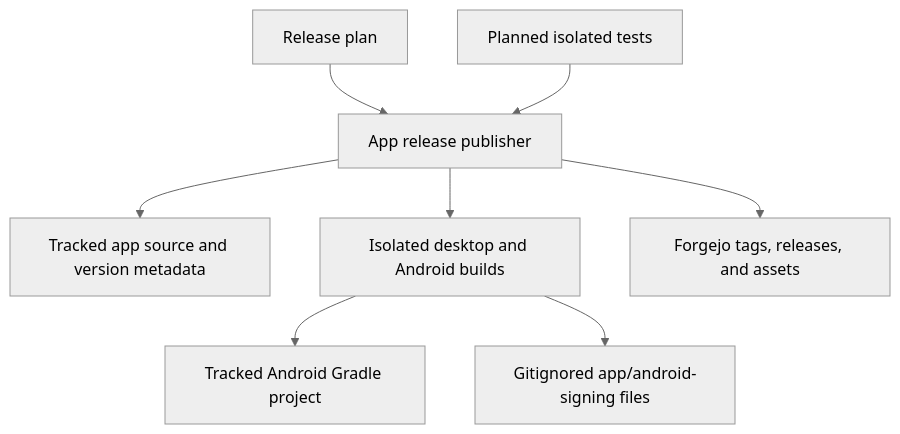
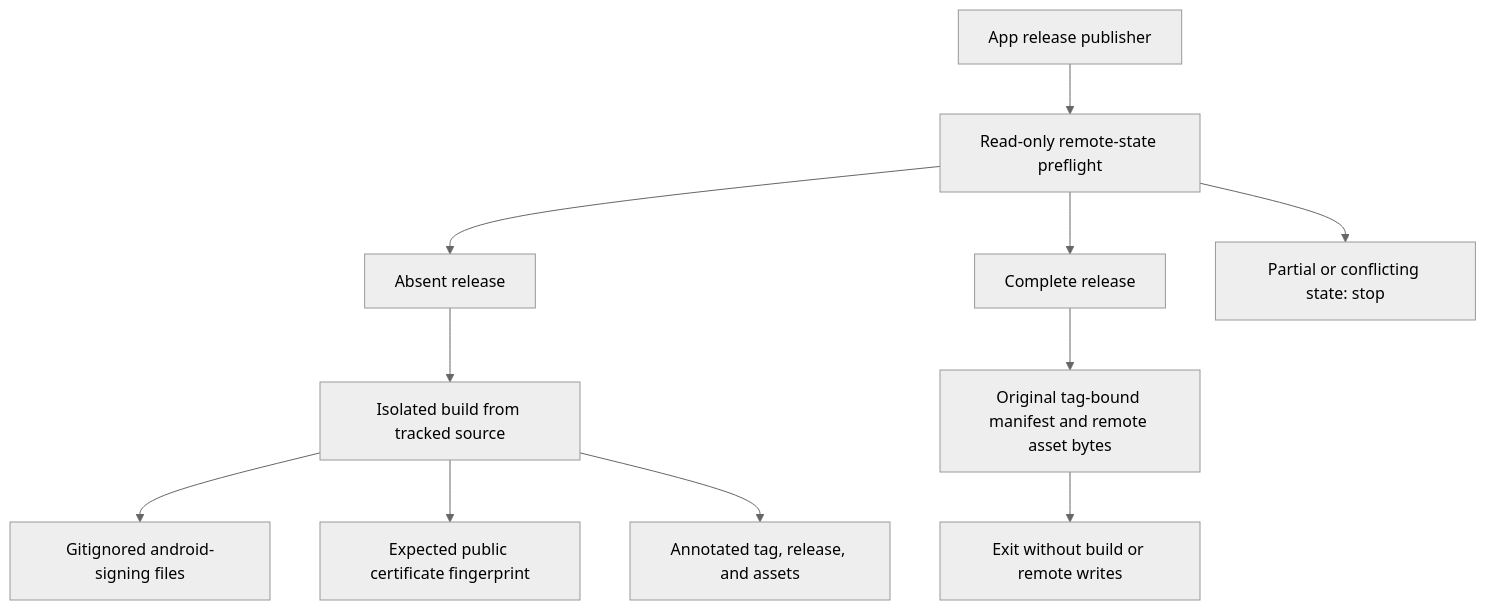
The diagram in tasks/32-align-app-release-process/3-plan-review.md (unskilled0218/ntr), drawn with Mermaid (neutral theme) before and after one commit. The commit also changed other lines of this file and 1 other file, not shown here.

Commit message:
Confirm release plan review findings addressed

````diff
--- a/tasks/32-align-app-release-process/3-plan-review.md
+++ b/tasks/32-align-app-release-process/3-plan-review.md
@@ -30,10 +27,13 @@
 ```mermaid
 graph TD
-  Plan[Release plan] --> Publisher[App release publisher]
-  Publisher --> Source[Tracked app source and version metadata]
-  Publisher --> Build[Isolated desktop and Android builds]
-  Build --> Android[Tracked Android Gradle project]
-  Build --> Signing[Gitignored app/android-signing files]
-  Publisher --> Forgejo[Forgejo tags, releases, and assets]
-  Tests[Planned isolated tests] --> Publisher
+  Publisher[App release publisher] --> Preflight[Read-only remote-state preflight]
+  Preflight --> Absent[Absent release]
+  Preflight --> Complete[Complete release]
+  Preflight --> Conflict[Partial or conflicting state: stop]
+  Absent --> Build[Isolated build from tracked source]
+  Build --> Signing[Gitignored android-signing files]
+  Build --> Certificate[Expected public certificate fingerprint]
+  Build --> Publish[Annotated tag, release, and assets]
+  Complete --> Verify[Original tag-bound manifest and remote asset bytes]
+  Verify --> Exit[Exit without build or remote writes]
 ```
````
